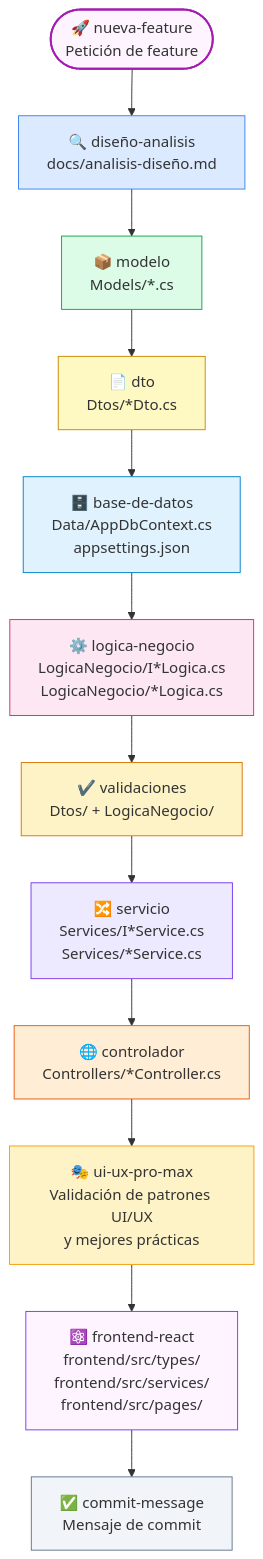
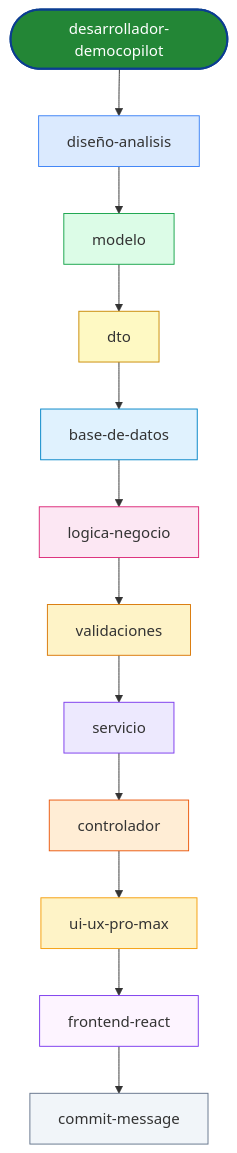
One commit to hispafox/DemoCopilot changed the second of 7 diagrams in docs/skills-orquestacion.md. Above: the diagram before and after it, drawn with Mermaid. The commit also changed other lines of this file and 3 other files, not shown here.

````diff
--- a/docs/skills-orquestacion.md
+++ b/docs/skills-orquestacion.md
@@ -30,42 +85,41 @@
 ```mermaid
 flowchart TD
-    NF(["🚀 nueva-feature\nPetición de feature"])
+    DEV([desarrollador-democopilot])
 
-    DA["🔍 diseño-analisis\ndocs/analisis-diseño.md"]
-    M["📦 modelo\nModels/*.cs"]
-    DTO["📄 dto\nDtos/*Dto.cs"]
-    BD["🗄️ base-de-datos\nData/AppDbContext.cs\nappsettings.json"]
-    LN["⚙️ logica-negocio\nLogicaNegocio/I*Logica.cs\nLogicaNegocio/*Logica.cs"]
-    VA["✔️ validaciones\nDtos/ + LogicaNegocio/"]
-    SV["🔀 servicio\nServices/I*Service.cs\nServices/*Service.cs"]
-    CT["🌐 controlador\nControllers/*Controller.cs"]
-    FR["⚛️ frontend-react\nfrontend/src/types/\nfrontend/src/services/\nfrontend/src/pages/"]
-    CM["✅ commit-message\nMensaje de commit"]
+    DA[diseño-analisis]
+    M[modelo]
+    DTO[dto]
+    BD[base-de-datos]
+    LN[logica-negocio]
+    VA[validaciones]
+    SV[servicio]
+    CT[controlador]
+    UX[ui-ux-pro-max]
+    FR[frontend-react]
+    CM[commit-message]
 
-    NF --> DA
+    DEV --> DA
     DA --> M
     M --> DTO
     DTO --> BD
     BD --> LN
     LN --> VA
     VA --> SV
     SV --> CT
     CT --> UX
     UX --> FR
     FR --> CM
 
-    UX["🎭 ui-ux-pro-max\nValidación de patrones UI/UX\ny mejores prácticas"]
-
-    style NF fill:#fdf4ff,stroke:#a21caf,stroke-width:2px
+    style DEV fill:#238636,color:#fff,stroke:#0b3d91,stroke-width:2px
     style DA fill:#dbeafe,stroke:#3b82f6
     style M  fill:#dcfce7,stroke:#16a34a
     style DTO fill:#fef9c3,stroke:#ca8a04
     style BD fill:#e0f2fe,stroke:#0284c7
     style LN fill:#fce7f3,stroke:#db2777
     style VA fill:#fef3c7,stroke:#d97706
     style SV fill:#ede9fe,stroke:#7c3aed
     style CT fill:#ffedd5,stroke:#ea580c
     style UX fill:#fef3c7,stroke:#f59e0b
     style FR fill:#fdf4ff,stroke:#7c3aed
     style CM fill:#f1f5f9,stroke:#64748b
 ```
````
